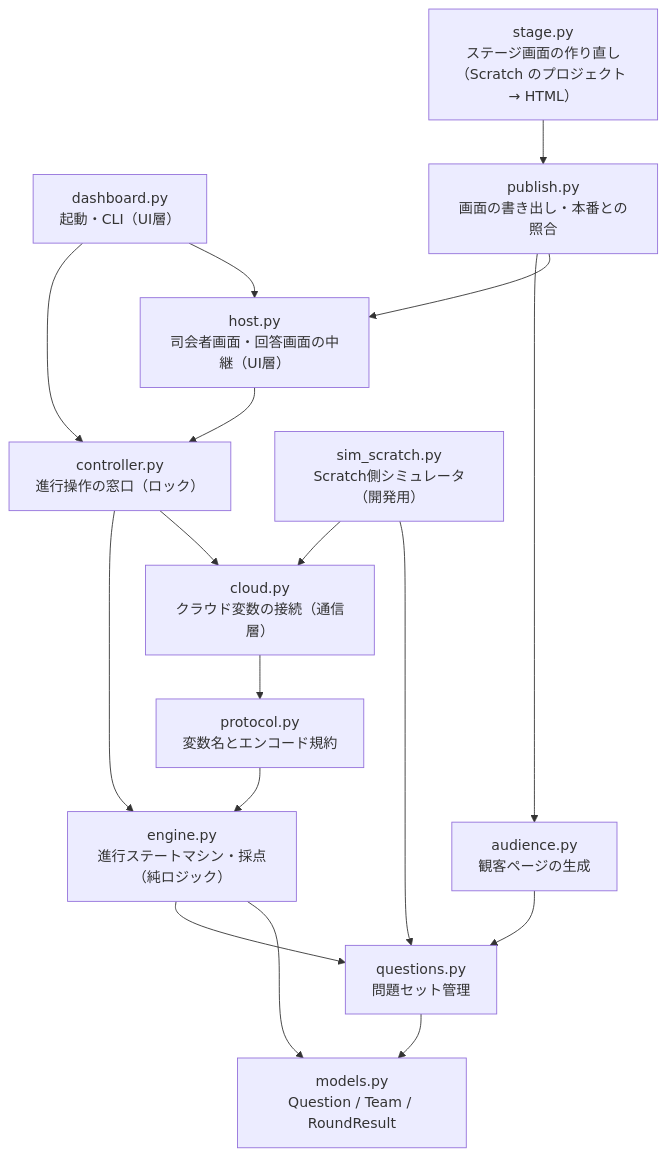
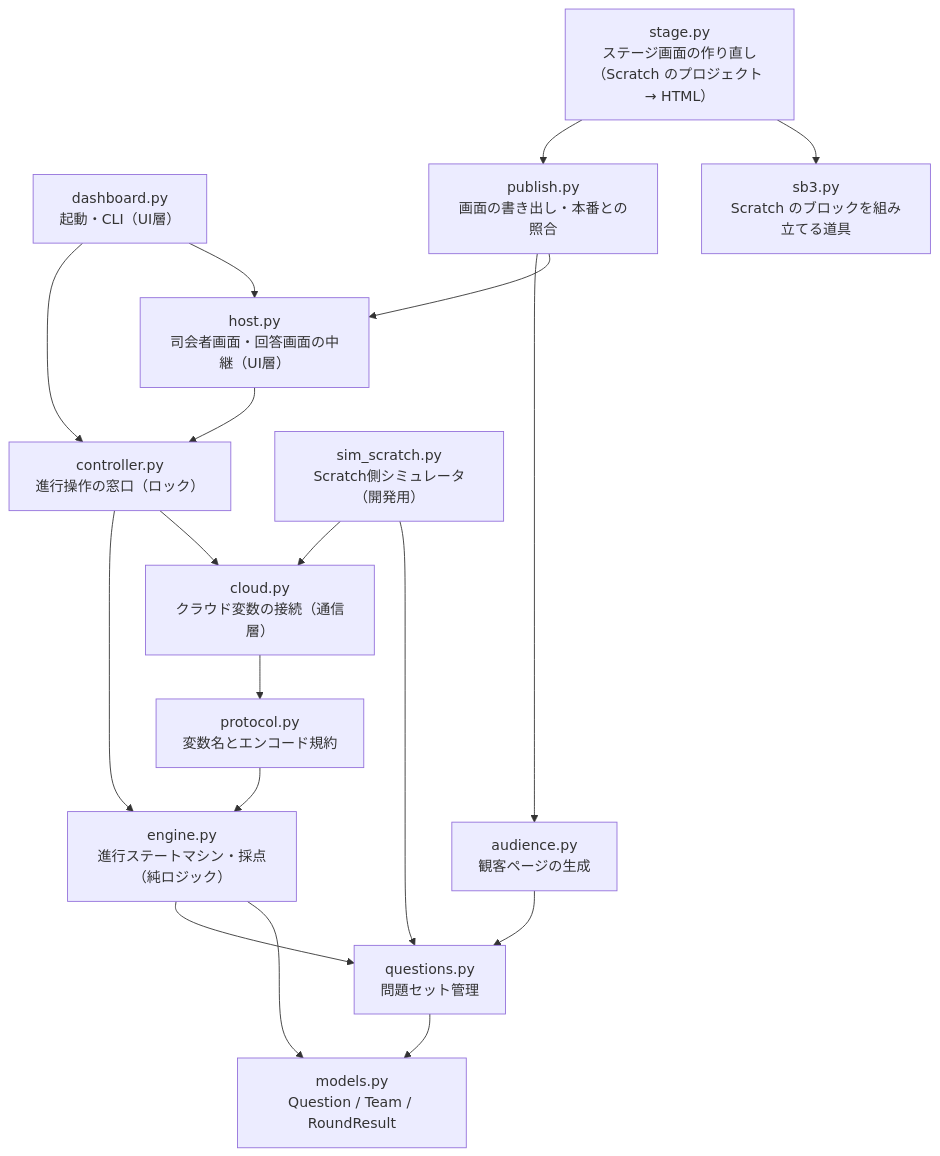
One commit to suzuka-kosen-festa/2026-suzuleague changed the third of 4 diagrams in docs/architecture.md. Above: the diagram before and after it, drawn with Mermaid. The commit also changed other lines of this file and 8 other files, not shown here.

````diff
--- a/docs/architecture.md
+++ b/docs/architecture.md
@@ -279,31 +279,33 @@
 ```mermaid
 flowchart TD
     dash["dashboard.py<br>起動・CLI（UI層）"]
     hostm["host.py<br>司会者画面・回答画面の中継（UI層）"]
     pub["publish.py<br>画面の書き出し・本番との照合"]
     stg["stage.py<br>ステージ画面の作り直し<br>（Scratch のプロジェクト → HTML）"]
+    sb["sb3.py<br>Scratch のブロックを組み立てる道具"]
     ctrl["controller.py<br>進行操作の窓口（ロック）"]
     sim["sim_scratch.py<br>Scratch側シミュレータ（開発用）"]
     cloud_["cloud.py<br>クラウド変数の接続（通信層）"]
     proto["protocol.py<br>変数名とエンコード規約"]
     engine["engine.py<br>進行ステートマシン・採点（純ロジック）"]
     q["questions.py<br>問題セット管理"]
     models["models.py<br>Question / Team / RoundResult"]
     aud["audience.py<br>観客ページの生成"]
     dash --> ctrl
     dash --> hostm
     hostm --> ctrl
     ctrl --> engine
     ctrl --> cloud_
     pub --> aud
     pub --> hostm
     stg --> pub
+    stg --> sb
     aud --> q
     sim --> cloud_
     sim --> q
     cloud_ --> proto
     proto --> engine
     engine --> q
     q --> models
     engine --> models
 ```
````
